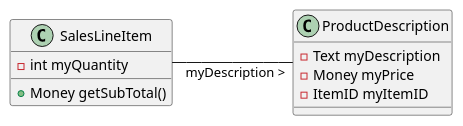
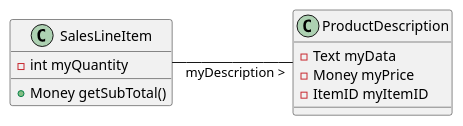
Before and after one commit to bth-dipt-teaching/PA1458-OO-Design: the first of 8 diagrams in Lectures/07_Design_to_Code.org, drawn with PlantUML. The commit also changed other lines of this file and 3 other files, not shown here.

```diff
--- a/Lectures/07_Design_to_Code.org
+++ b/Lectures/07_Design_to_Code.org
@@ -17,10 +17,10 @@
 #+BEGIN_SRC plantuml :file FClassToCode.png
 ' scale 2
 left to right direction
 SalesLineItem : -int myQuantity
 SalesLineItem : +Money getSubTotal()
 SalesLineItem --- "myDescription >" ProductDescription 
-ProductDescription : -Text myDescription
+ProductDescription : -Text myData
 ProductDescription : -Money myPrice
 ProductDescription : -ItemID myItemID
 #+END_SRC
```
